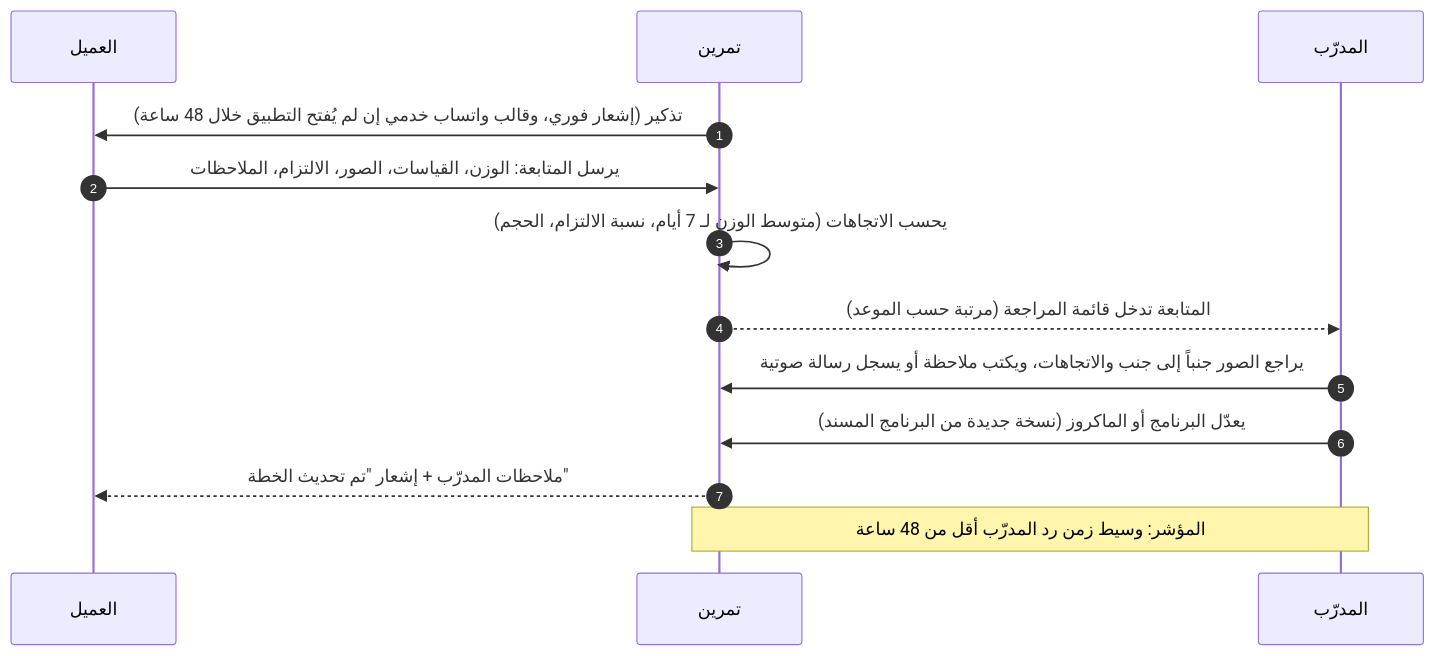
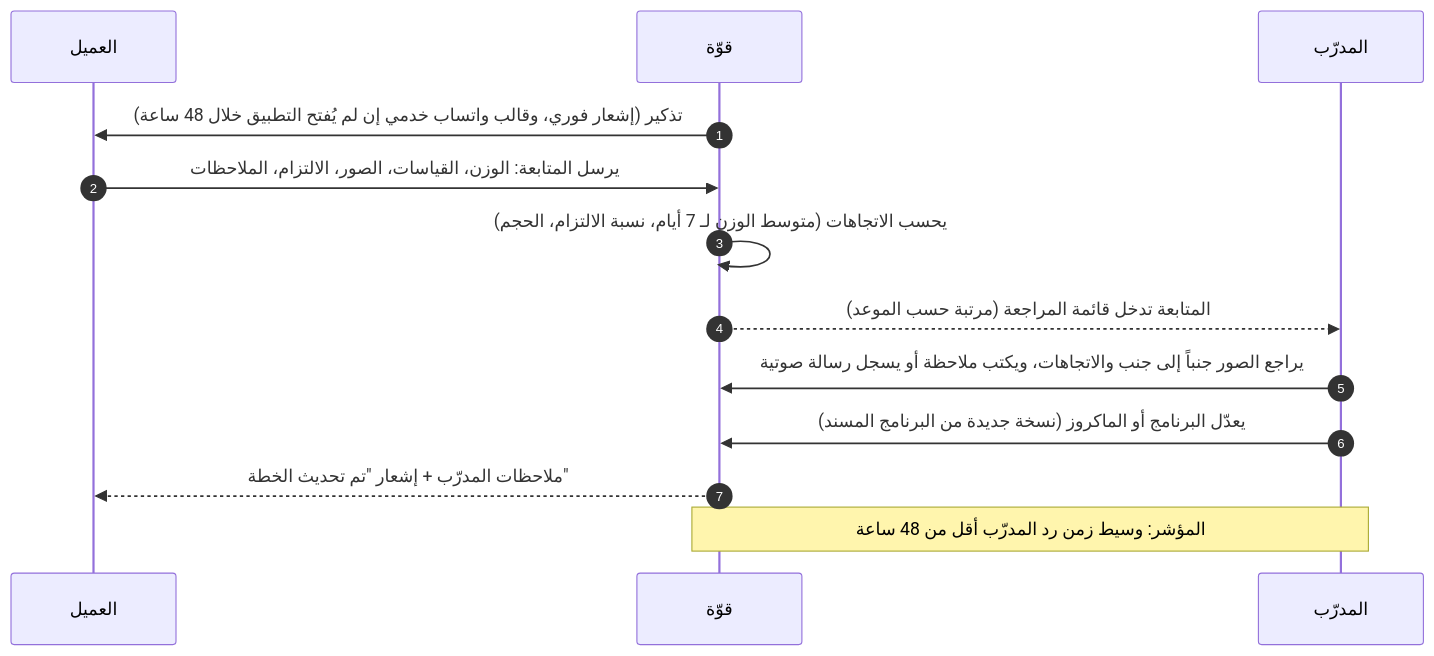
One commit to abdo-shrief270/muhasebi-egypt changed the third of 10 diagrams in docs/fitness-platform/PRODUCT_BUSINESS_BLUEPRINT.ar.md. Above: the diagram before and after it, drawn with Mermaid. The commit also changed other lines of this file and 31 other files, not shown here.

````diff
--- a/docs/fitness-platform/PRODUCT_BUSINESS_BLUEPRINT.ar.md
+++ b/docs/fitness-platform/PRODUCT_BUSINESS_BLUEPRINT.ar.md
@@ -465,15 +465,15 @@
 ```mermaid
 sequenceDiagram
     autonumber
     participant P as العميل
-    participant T as تمرين
+    participant T as قوّة
     participant C as المدرّب
     T->>P: تذكير (إشعار فوري، وقالب واتساب خدمي إن لم يُفتح التطبيق خلال 48 ساعة)
     P->>T: يرسل المتابعة: الوزن، القياسات، الصور، الالتزام، الملاحظات
     T->>T: يحسب الاتجاهات (متوسط الوزن لـ 7 أيام، نسبة الالتزام، الحجم)
     T-->>C: المتابعة تدخل قائمة المراجعة (مرتبة حسب الموعد)
     C->>T: يراجع الصور جنباً إلى جنب والاتجاهات، ويكتب ملاحظة أو يسجل رسالة صوتية
     C->>T: يعدّل البرنامج أو الماكروز (نسخة جديدة من البرنامج المسند)
     T-->>P: ملاحظات المدرّب + إشعار "تم تحديث الخطة"
     Note over C,T: المؤشر: وسيط زمن رد المدرّب أقل من 48 ساعة
 ```
````
